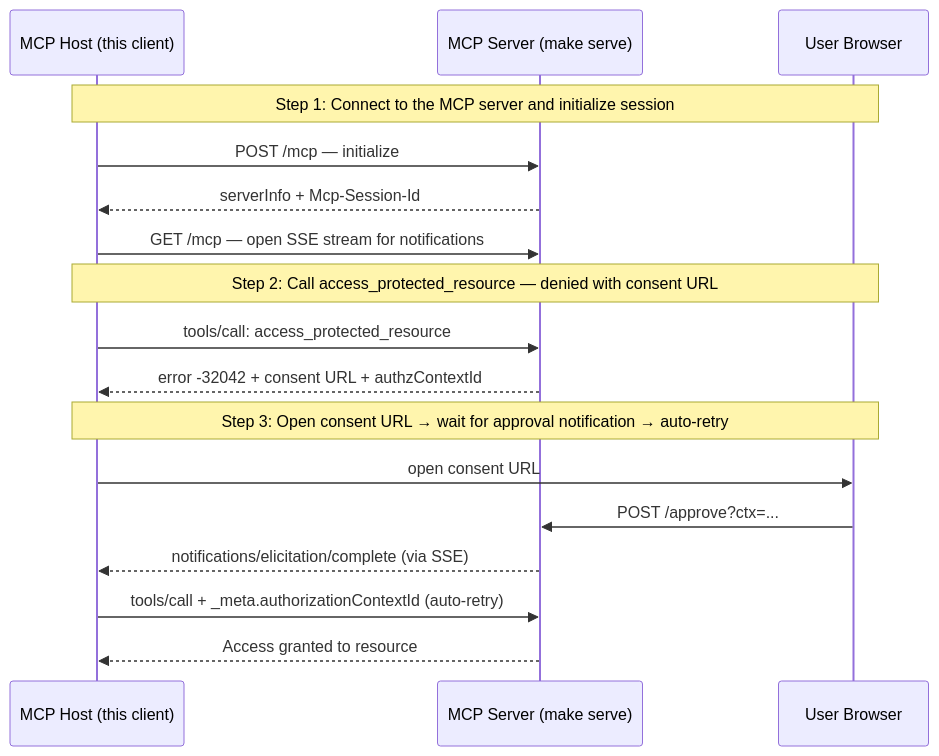
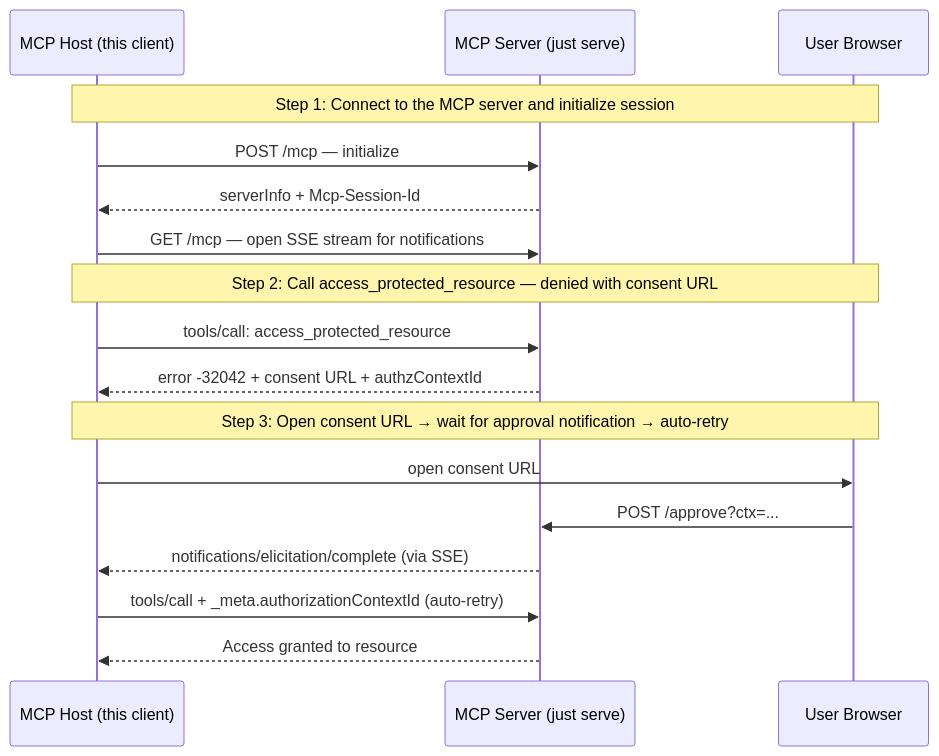
Before and after one commit to panyam/mcpkit: the diagram in examples/elicitation/WALKTHROUGH.md, drawn with Mermaid. The commit also changed other lines of this file and 293 other files, not shown here.

````diff
--- a/examples/elicitation/WALKTHROUGH.md
+++ b/examples/elicitation/WALKTHROUGH.md
@@ -13,22 +13,22 @@
 ```mermaid
 sequenceDiagram
     participant Host as MCP Host (this client)
-    participant Server as MCP Server (make serve)
+    participant Server as MCP Server (just serve)
     participant Browser as User Browser
 
     Note over Host,Browser: Step 1: Connect to the MCP server and initialize session
     Host->>Server: POST /mcp — initialize
     Server-->>Host: serverInfo + Mcp-Session-Id
     Host->>Server: GET /mcp — open SSE stream for notifications
 
     Note over Host,Browser: Step 2: Call access_protected_resource — denied with consent URL
     Host->>Server: tools/call: access_protected_resource
     Server-->>Host: error -32042 + consent URL + authzContextId
 
     Note over Host,Browser: Step 3: Open consent URL → wait for approval notification → auto-retry
     Host->>Browser: open consent URL
     Browser->>Server: POST /approve?ctx=...
     Server-->>Host: notifications/elicitation/complete (via SSE)
     Host->>Server: tools/call + _meta.authorizationContextId (auto-retry)
     Server-->>Host: Access granted to resource
 ```
````
